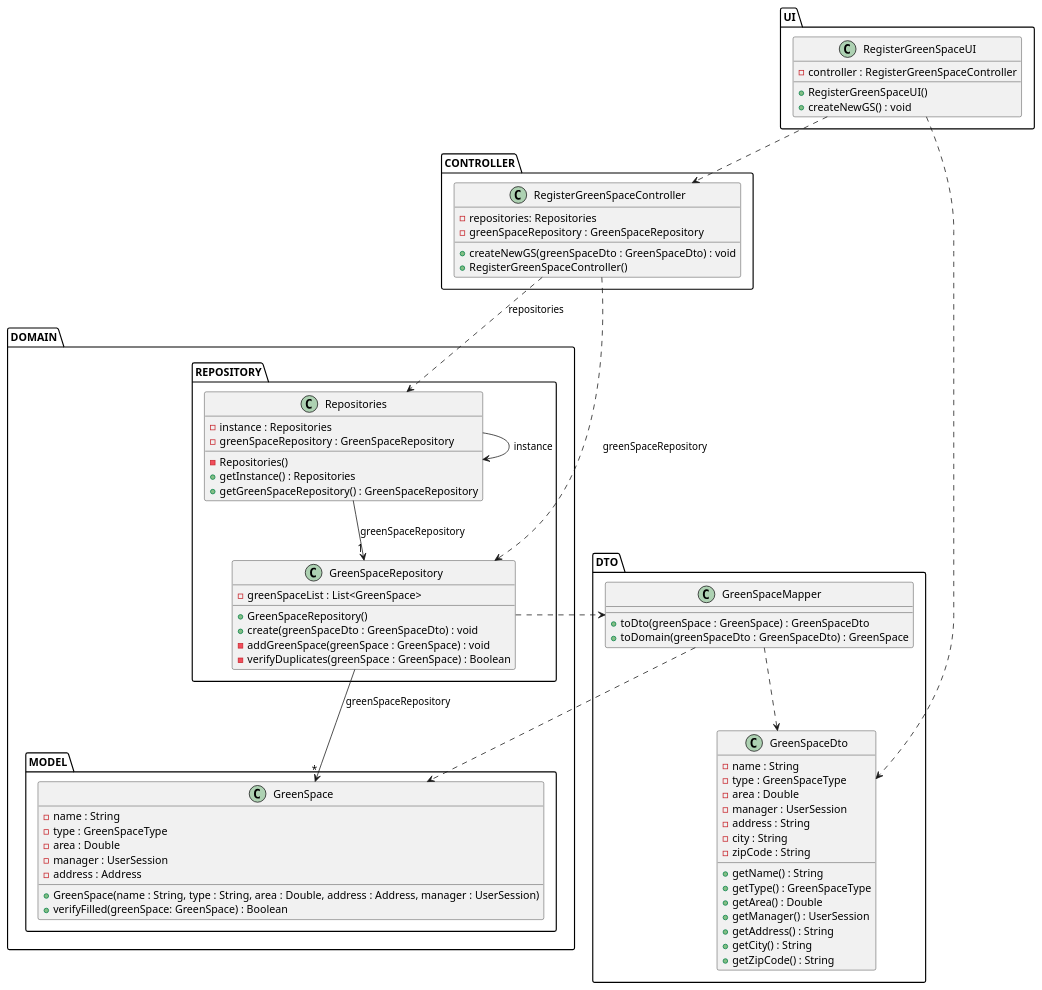
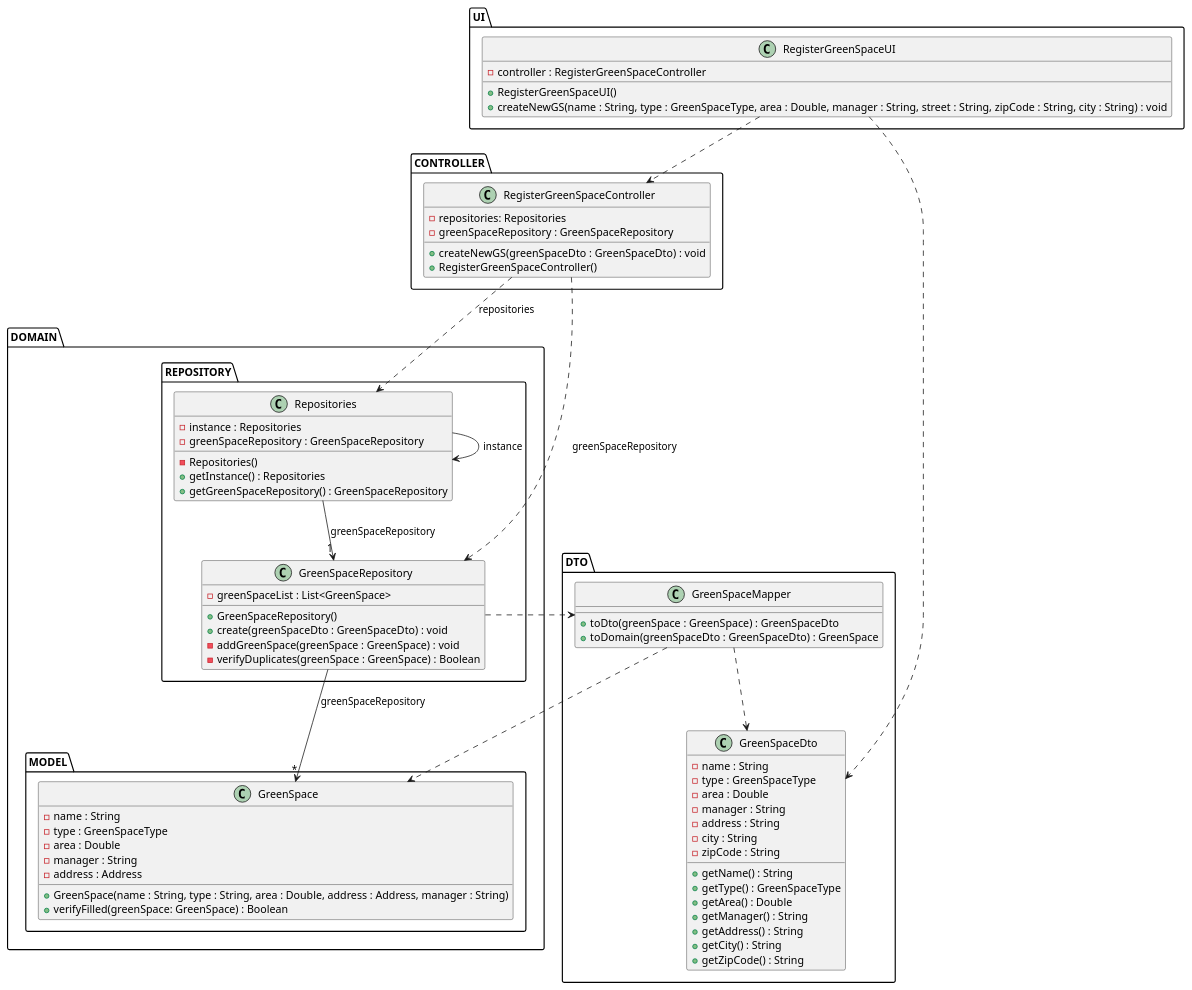
One commit to ricardomm7/leaflink changed the diagram in docs/sprintC/us020/03.design/puml/us020-class-diagram.puml. Above: the diagram before and after it, drawn with PlantUML. The commit also changed 14 other files, not shown here.

Commit message:
UserSession modified so that only the e-mail is saved. (UserSession non-serializable)

```diff
--- a/docs/sprintC/us020/03.design/puml/us020-class-diagram.puml
+++ b/docs/sprintC/us020/03.design/puml/us020-class-diagram.puml
@@ -1,89 +1,89 @@
 @startuml
 skinparam shadowing false
 skinparam line type polyline
 
 'left to right direction
 package UI {
     class RegisterGreenSpaceUI {
         - controller : RegisterGreenSpaceController
         + RegisterGreenSpaceUI()
-        + createNewGS() : void
+        + createNewGS(name : String, type : GreenSpaceType, area : Double, manager : String, street : String, zipCode : String, city : String) : void
         '- parseAddress(street : String, zipcode : String, city : String) : Address
     }
 }
 
 package CONTROLLER {
     class RegisterGreenSpaceController {
         - repositories: Repositories
         - greenSpaceRepository : GreenSpaceRepository
         + createNewGS(greenSpaceDto : GreenSpaceDto) : void
         + RegisterGreenSpaceController()
     }
 }
 
 package DOMAIN {
 package REPOSITORY {
     class Repositories {
         - instance : Repositories
         - greenSpaceRepository : GreenSpaceRepository
         - Repositories()
         + getInstance() : Repositories
         + getGreenSpaceRepository() : GreenSpaceRepository
     }
 
     class GreenSpaceRepository {
         - greenSpaceList : List<GreenSpace>
         + GreenSpaceRepository()
         + create(greenSpaceDto : GreenSpaceDto) : void
         - addGreenSpace(greenSpace : GreenSpace) : void
         - verifyDuplicates(greenSpace : GreenSpace) : Boolean
     }
     }
 package MODEL{
     class GreenSpace {
         - name : String
         - type : GreenSpaceType
         - area : Double
-        - manager : UserSession
+        - manager : String
         - address : Address
-        + GreenSpace(name : String, type : String, area : Double, address : Address, manager : UserSession)
+        + GreenSpace(name : String, type : String, area : Double, address : Address, manager : String)
         + verifyFilled(greenSpace: GreenSpace) : Boolean
     }
 }
 }
 package DTO{
     class GreenSpaceDto{
         - name : String
         - type : GreenSpaceType
         - area : Double
-        - manager : UserSession
+        - manager : String
         - address : String
         - city : String
         - zipCode : String
         + getName() : String
         + getType() : GreenSpaceType
         + getArea() : Double
-        + getManager() : UserSession
+        + getManager() : String
         + getAddress() : String
         + getCity() : String
         + getZipCode() : String
     }
 
     class GreenSpaceMapper{
         +toDto(greenSpace : GreenSpace) : GreenSpaceDto
         +toDomain(greenSpaceDto : GreenSpaceDto) : GreenSpace
     }
     }
 
 RegisterGreenSpaceUI ..> RegisterGreenSpaceController
 RegisterGreenSpaceController ..> Repositories: repositories
 Repositories --> Repositories: instance
 RegisterGreenSpaceController ..> GreenSpaceRepository: greenSpaceRepository
 Repositories --> "1"GreenSpaceRepository: greenSpaceRepository
 GreenSpaceRepository -->"*" GreenSpace: greenSpaceRepository
 RegisterGreenSpaceUI ..> GreenSpaceDto
 GreenSpaceRepository ..> GreenSpaceMapper
 GreenSpaceMapper ..> GreenSpace
 GreenSpaceMapper ..> GreenSpaceDto
 
 @enduml
```
